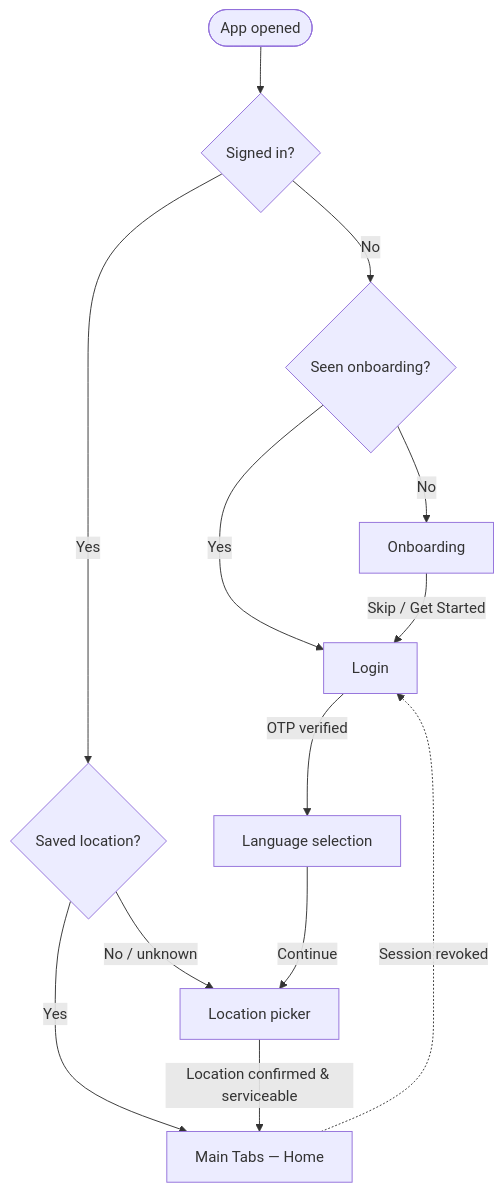
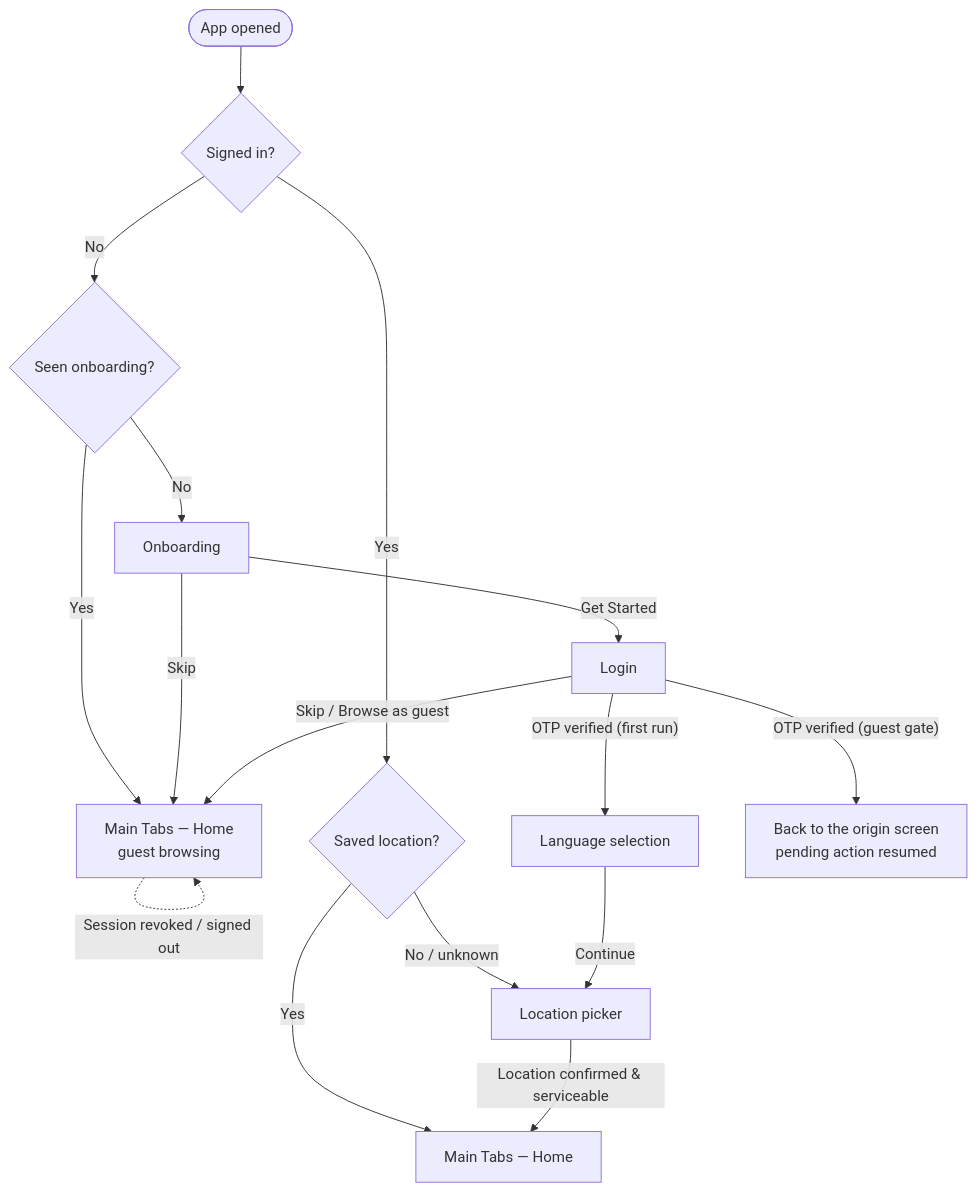
One commit to faazio-official/faazio-workspace changed the second of 24 diagrams in docs/FAAZIO_USER_FLOW_GUIDE.md. Above: the diagram before and after it, drawn with Mermaid. The commit also changed other lines of this file and 127 other files, not shown here.

First line of the commit message:
feat: food master taxonomy, guest browsing, OTP timeout hardening

````diff
--- a/docs/FAAZIO_USER_FLOW_GUIDE.md
+++ b/docs/FAAZIO_USER_FLOW_GUIDE.md
@@ -114,15 +114,18 @@
 ```mermaid
 flowchart TD
   START(["App opened"]) --> AUTH{"Signed in?"}
   AUTH -->|"No"| SEEN{"Seen onboarding?"}
   SEEN -->|"No"| ONB["Onboarding"]
-  SEEN -->|"Yes"| LOGIN["Login"]
+  SEEN -->|"Yes"| TABS["Main Tabs — Home<br/>guest browsing"]
   AUTH -->|"Yes"| LOCCHK{"Saved location?"}
   LOCCHK -->|"No / unknown"| LOCATION["Location picker"]
-  LOCCHK -->|"Yes"| TABS["Main Tabs — Home"]
-  ONB -->|"Skip / Get Started"| LOGIN
-  LOGIN -->|"OTP verified"| LANG["Language selection"]
+  LOCCHK -->|"Yes"| TABS2["Main Tabs — Home"]
+  ONB -->|"Skip"| TABS
+  ONB -->|"Get Started"| LOGIN["Login"]
+  LOGIN -->|"Skip / Browse as guest"| TABS
+  LOGIN -->|"OTP verified (first run)"| LANG["Language selection"]
   LANG -->|"Continue"| LOCATION
-  LOCATION -->|"Location confirmed & serviceable"| TABS
-  TABS -.->|"Session revoked"| LOGIN
+  LOCATION -->|"Location confirmed & serviceable"| TABS2
+  LOGIN -->|"OTP verified (guest gate)"| RESUME["Back to the origin screen<br/>pending action resumed"]
+  TABS -.->|"Session revoked / signed out"| TABS
 ```
````
